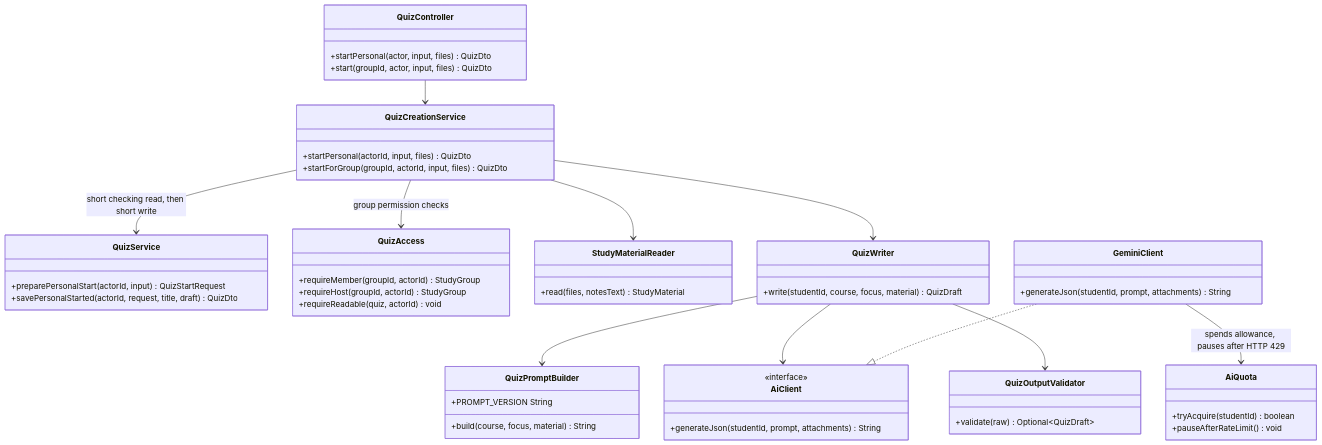
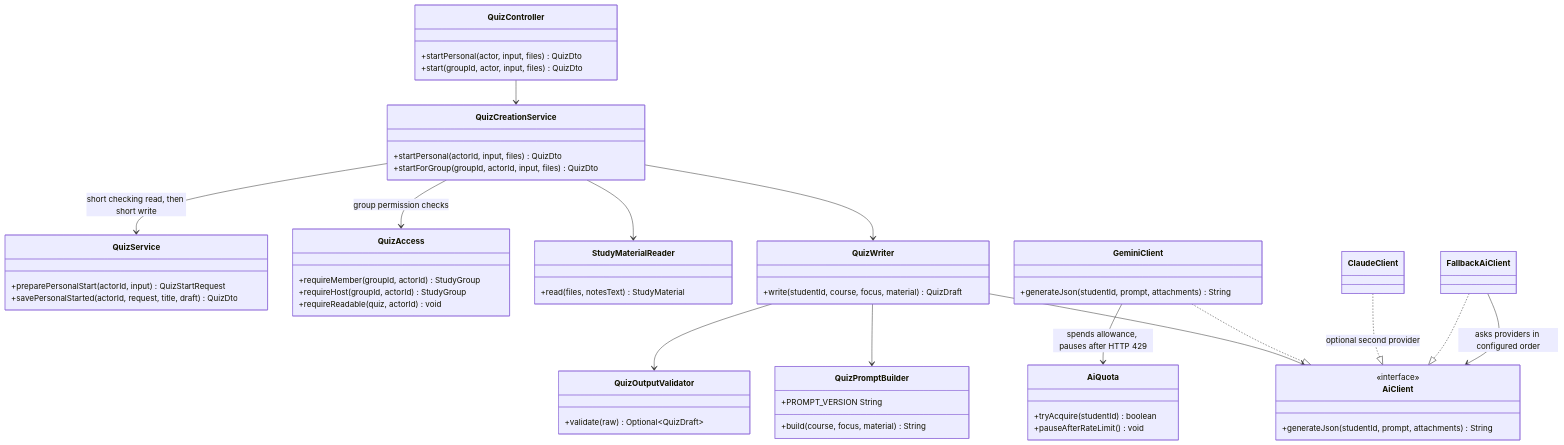
Before and after one commit to aryan12singh/study-buddy-matcher: diagram 19 of 31 in docs/DESIGN_DIAGRAMS.md, drawn with Mermaid. The commit also changed other lines of this file and 55 other files, not shown here.

First line of the commit message:
chore: final qa fixes, claude as a second ai provider and uml corrections (#95)

````diff
--- a/docs/DESIGN_DIAGRAMS.md
+++ b/docs/DESIGN_DIAGRAMS.md
@@ -1343,55 +1350,58 @@
 ```mermaid
 classDiagram
     direction TB
     class QuizController {
         +startPersonal(actor, input, files) QuizDto
         +start(groupId, actor, input, files) QuizDto
     }
     class QuizCreationService {
         +startPersonal(actorId, input, files) QuizDto
         +startForGroup(groupId, actorId, input, files) QuizDto
     }
     class QuizService {
         +preparePersonalStart(actorId, input) QuizStartRequest
         +savePersonalStarted(actorId, request, title, draft) QuizDto
     }
     class QuizAccess {
         +requireMember(groupId, actorId) StudyGroup
         +requireHost(groupId, actorId) StudyGroup
         +requireReadable(quiz, actorId) void
     }
     class StudyMaterialReader {
         +read(files, notesText) StudyMaterial
     }
     class QuizWriter {
         +write(studentId, course, focus, material) QuizDraft
     }
     class QuizPromptBuilder {
         +PROMPT_VERSION String
         +build(course, focus, material) String
     }
     class AiClient {
         <<interface>>
         +generateJson(studentId, prompt, attachments) String
     }
     class GeminiClient {
         +generateJson(studentId, prompt, attachments) String
     }
     class AiQuota {
         +tryAcquire(studentId) boolean
         +pauseAfterRateLimit() void
     }
     class QuizOutputValidator {
         +validate(raw) Optional~QuizDraft~
     }
     QuizController --> QuizCreationService
     QuizCreationService --> QuizService : short checking read, then short write
     QuizCreationService --> QuizAccess : group permission checks
     QuizCreationService --> StudyMaterialReader
     QuizCreationService --> QuizWriter
     QuizWriter --> QuizPromptBuilder
     QuizWriter --> AiClient
     QuizWriter --> QuizOutputValidator
     GeminiClient ..|> AiClient
+    ClaudeClient ..|> AiClient : optional second provider
+    FallbackAiClient ..|> AiClient
+    FallbackAiClient --> AiClient : asks providers in configured order
     GeminiClient --> AiQuota : spends allowance, pauses after HTTP 429
 ```
````
